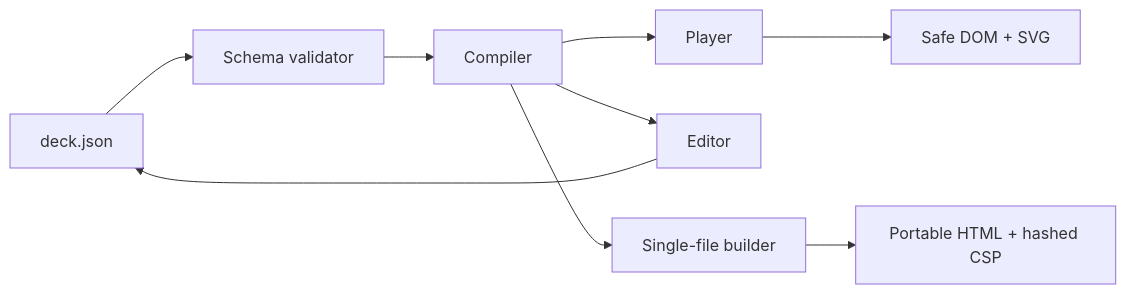
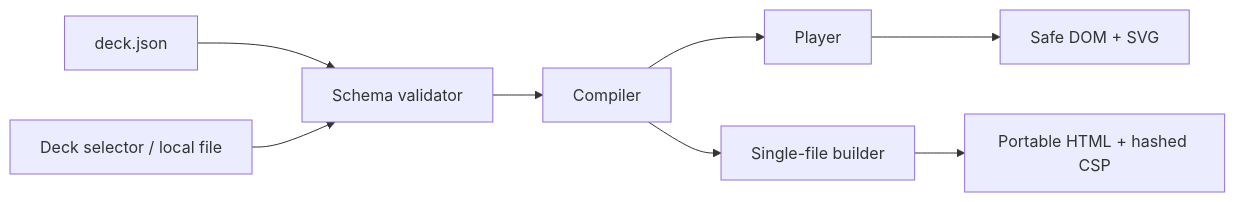
The first of 2 diagrams in docs/ARCHITECTURE.md (kvnloo/prezograph), drawn with Mermaid before and after one commit. The commit also changed other lines of this file and 28 other files, not shown here.

Commit message:
Mobile-safe deck selection and reviewed GraphCon adaptation (#7)

````diff
--- a/docs/ARCHITECTURE.md
+++ b/docs/ARCHITECTURE.md
@@ -3,11 +3,10 @@
 ```mermaid
 flowchart LR
   JSON["deck.json"] --> V["Schema validator"]
   V --> C["Compiler"]
   C --> P["Player"]
-  C --> E["Editor"]
+  L["Deck selector / local file"] --> V
   P --> DOM["Safe DOM + SVG"]
-  E --> JSON
   C --> B["Single-file builder"]
   B --> HTML["Portable HTML + hashed CSP"]
 ```
````
